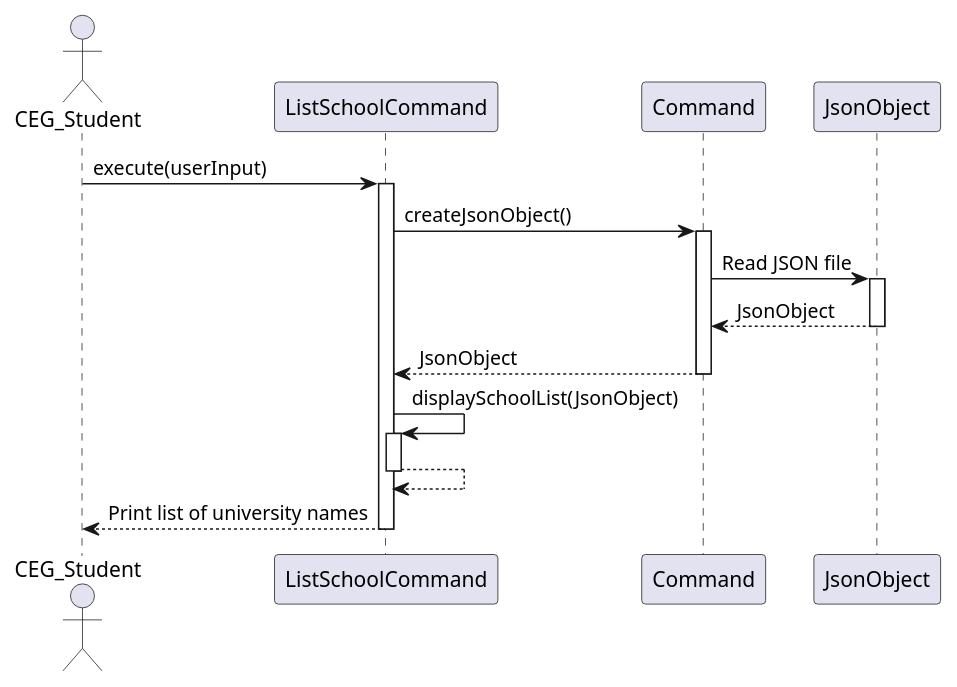
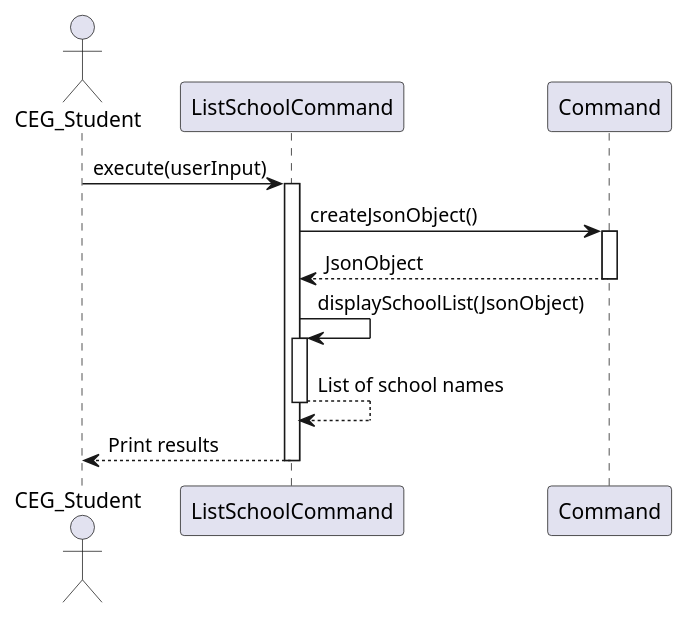
The diagram in uml-diagrams/ListSchoolsCommand.puml (nus-cs2113-AY2425S1/tp), drawn with PlantUML before and after one commit. The commit also changed 1 other file, not shown here.

Commit message:
Edit UML diagram to make it simpler

```diff
--- a/uml-diagrams/ListSchoolsCommand.puml
+++ b/uml-diagrams/ListSchoolsCommand.puml
@@ -1,31 +1,24 @@
 @startuml
 actor CEG_Student
 participant ListSchoolCommand
 participant Command
-participant JsonObject
 
 CEG_Student -> ListSchoolCommand: execute(userInput)
 activate ListSchoolCommand
 
 ListSchoolCommand -> Command: createJsonObject()
 activate Command
 
-Command -> JsonObject: Read JSON file
-activate JsonObject
-
-JsonObject --> Command: JsonObject
-deactivate JsonObject
-
 Command --> ListSchoolCommand: JsonObject
 deactivate Command
 
 ListSchoolCommand -> ListSchoolCommand: displaySchoolList(JsonObject)
 activate ListSchoolCommand
 
-ListSchoolCommand --> ListSchoolCommand
+ListSchoolCommand --> ListSchoolCommand: List of school names
 deactivate ListSchoolCommand
 
 
-ListSchoolCommand --> CEG_Student: Print list of university names
+ListSchoolCommand --> CEG_Student: Print results
 deactivate ListSchoolCommand
 @enduml
```
